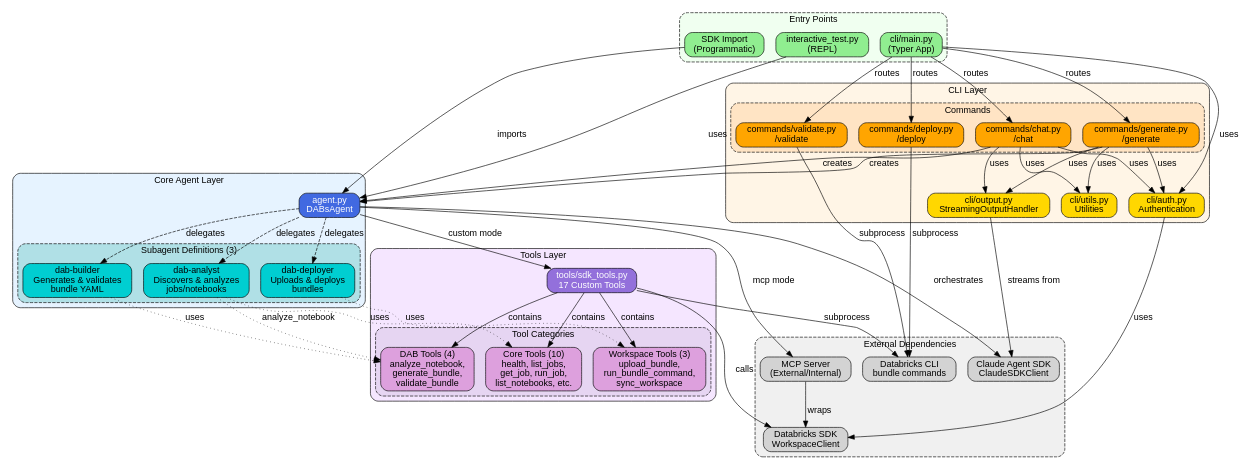
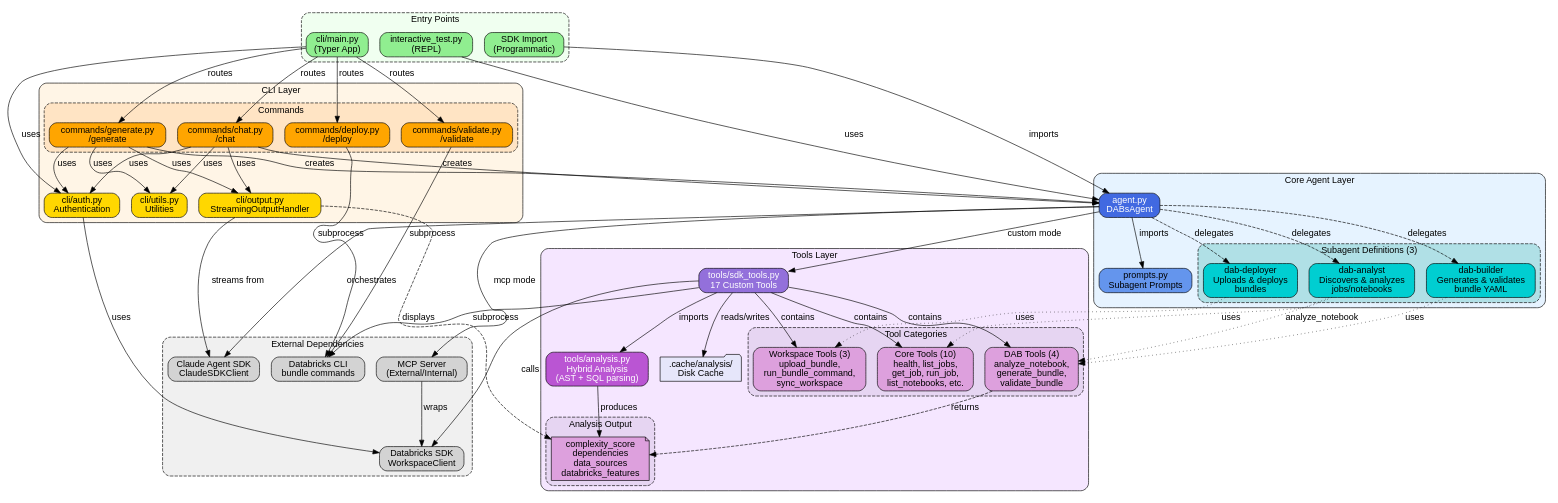
One commit to alexmillerdb/dabs-copilot changed the diagram in docs/architecture.dot. Above: the diagram before and after it, drawn with Graphviz. The commit also changed 16 other files, not shown here.

First line of the commit message:
feat: Add hybrid analysis system with CLI display improvements

```diff
--- a/docs/architecture.dot
+++ b/docs/architecture.dot
@@ -1,153 +1,173 @@
 digraph DABsCopilot {
     rankdir=TB;
     compound=true;
     fontname="Helvetica";
     node [fontname="Helvetica", shape=box, style="rounded,filled"];
     edge [fontname="Helvetica"];
 
     // Color scheme
     // Entry points: green
     // Core modules: blue
     // CLI modules: orange
     // Tools: purple
+    // Analysis: medium orchid
     // Subagents: cyan
     // External: gray
 
     // ============ ENTRY POINTS ============
     subgraph cluster_entry {
         label="Entry Points";
         style="rounded,dashed";
         bgcolor="#f0fff0";
 
         cli_main [label="cli/main.py\n(Typer App)", fillcolor="#90EE90"];
         interactive_test [label="interactive_test.py\n(REPL)", fillcolor="#90EE90"];
         sdk_entry [label="SDK Import\n(Programmatic)", fillcolor="#90EE90"];
     }
 
     // ============ CLI LAYER ============
     subgraph cluster_cli {
         label="CLI Layer";
         style="rounded";
         bgcolor="#fff5e6";
 
         subgraph cluster_commands {
             label="Commands";
             style="rounded,dashed";
             bgcolor="#ffe4c4";
 
             cmd_chat [label="commands/chat.py\n/chat", fillcolor="#FFA500"];
             cmd_generate [label="commands/generate.py\n/generate", fillcolor="#FFA500"];
             cmd_validate [label="commands/validate.py\n/validate", fillcolor="#FFA500"];
             cmd_deploy [label="commands/deploy.py\n/deploy", fillcolor="#FFA500"];
         }
 
         cli_auth [label="cli/auth.py\nAuthentication", fillcolor="#FFD700"];
         cli_utils [label="cli/utils.py\nUtilities", fillcolor="#FFD700"];
         cli_output [label="cli/output.py\nStreamingOutputHandler", fillcolor="#FFD700"];
     }
 
     // ============ CORE AGENT ============
     subgraph cluster_core {
         label="Core Agent Layer";
         style="rounded";
         bgcolor="#e6f3ff";
 
         agent [label="agent.py\nDABsAgent", fillcolor="#4169E1", fontcolor="white"];
+        prompts [label="prompts.py\nSubagent Prompts", fillcolor="#6495ED"];
 
         subgraph cluster_subagents {
             label="Subagent Definitions (3)";
             style="rounded,dashed";
             bgcolor="#b0e0e6";
 
             sa_analyst [label="dab-analyst\nDiscovers & analyzes\njobs/notebooks", fillcolor="#00CED1"];
             sa_builder [label="dab-builder\nGenerates & validates\nbundle YAML", fillcolor="#00CED1"];
             sa_deployer [label="dab-deployer\nUploads & deploys\nbundles", fillcolor="#00CED1"];
         }
     }
 
     // ============ TOOLS LAYER ============
     subgraph cluster_tools {
         label="Tools Layer";
         style="rounded";
         bgcolor="#f5e6ff";
 
         sdk_tools [label="tools/sdk_tools.py\n17 Custom Tools", fillcolor="#9370DB", fontcolor="white"];
+        analysis [label="tools/analysis.py\nHybrid Analysis\n(AST + SQL parsing)", fillcolor="#BA55D3", fontcolor="white"];
+        cache [label=".cache/analysis/\nDisk Cache", fillcolor="#E6E6FA", shape="folder"];
 
         subgraph cluster_tool_categories {
             label="Tool Categories";
             style="rounded,dashed";
             bgcolor="#e6d5f2";
 
             tools_core [label="Core Tools (10)\nhealth, list_jobs,\nget_job, run_job,\nlist_notebooks, etc.", fillcolor="#DDA0DD"];
             tools_dab [label="DAB Tools (4)\nanalyze_notebook,\ngenerate_bundle,\nvalidate_bundle", fillcolor="#DDA0DD"];
             tools_workspace [label="Workspace Tools (3)\nupload_bundle,\nrun_bundle_command,\nsync_workspace", fillcolor="#DDA0DD"];
+        }
+
+        subgraph cluster_analysis_output {
+            label="Analysis Output";
+            style="rounded,dashed";
+            bgcolor="#e6d5f2";
+
+            analysis_out [label="complexity_score\ndependencies\ndata_sources\ndatabricks_features", fillcolor="#DDA0DD", shape="note"];
         }
     }
 
     // ============ EXTERNAL DEPENDENCIES ============
     subgraph cluster_external {
         label="External Dependencies";
         style="rounded,dashed";
         bgcolor="#f0f0f0";
 
         claude_sdk [label="Claude Agent SDK\nClaudeSDKClient", fillcolor="#D3D3D3"];
         databricks_sdk [label="Databricks SDK\nWorkspaceClient", fillcolor="#D3D3D3"];
         mcp_server [label="MCP Server\n(External/Internal)", fillcolor="#D3D3D3"];
         databricks_cli [label="Databricks CLI\nbundle commands", fillcolor="#D3D3D3"];
     }
 
     // ============ CONNECTIONS ============
 
     // Entry point connections
     cli_main -> cmd_chat [label="routes"];
     cli_main -> cmd_generate [label="routes"];
     cli_main -> cmd_validate [label="routes"];
     cli_main -> cmd_deploy [label="routes"];
     cli_main -> cli_auth [label="uses"];
 
     interactive_test -> agent [label="uses"];
     sdk_entry -> agent [label="imports"];
 
     // CLI internal connections
     cmd_chat -> agent [label="creates"];
     cmd_chat -> cli_output [label="uses"];
     cmd_chat -> cli_auth [label="uses"];
     cmd_chat -> cli_utils [label="uses"];
 
     cmd_generate -> agent [label="creates"];
     cmd_generate -> cli_output [label="uses"];
     cmd_generate -> cli_auth [label="uses"];
     cmd_generate -> cli_utils [label="uses"];
 
     cmd_validate -> databricks_cli [label="subprocess"];
     cmd_deploy -> databricks_cli [label="subprocess"];
 
     cli_auth -> databricks_sdk [label="uses"];
     cli_output -> claude_sdk [label="streams from"];
+    cli_output -> analysis_out [label="displays", style="dashed"];
 
     // Agent connections
     agent -> claude_sdk [label="orchestrates"];
     agent -> sdk_tools [label="custom mode"];
     agent -> mcp_server [label="mcp mode"];
+    agent -> prompts [label="imports"];
 
     agent -> sa_analyst [label="delegates", style="dashed"];
     agent -> sa_builder [label="delegates", style="dashed"];
     agent -> sa_deployer [label="delegates", style="dashed"];
 
     // Subagent tool access
     sa_analyst -> tools_core [label="uses", style="dotted"];
     sa_analyst -> tools_dab [label="analyze_notebook", style="dotted"];
     sa_builder -> tools_dab [label="uses", style="dotted"];
     sa_deployer -> tools_workspace [label="uses", style="dotted"];
 
     // Tool connections
     sdk_tools -> tools_core [label="contains"];
     sdk_tools -> tools_dab [label="contains"];
     sdk_tools -> tools_workspace [label="contains"];
+    sdk_tools -> analysis [label="imports"];
+    sdk_tools -> cache [label="reads/writes"];
+
+    // Analysis connections
+    analysis -> analysis_out [label="produces"];
+    tools_dab -> analysis_out [label="returns", style="dashed"];
 
     sdk_tools -> databricks_sdk [label="calls"];
     sdk_tools -> databricks_cli [label="subprocess"];
 
     // MCP server connection
     mcp_server -> databricks_sdk [label="wraps"];
 }
```
